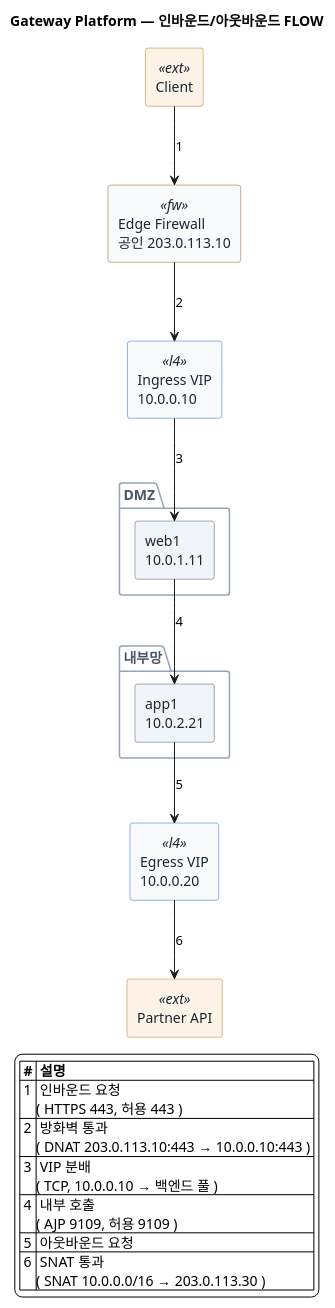
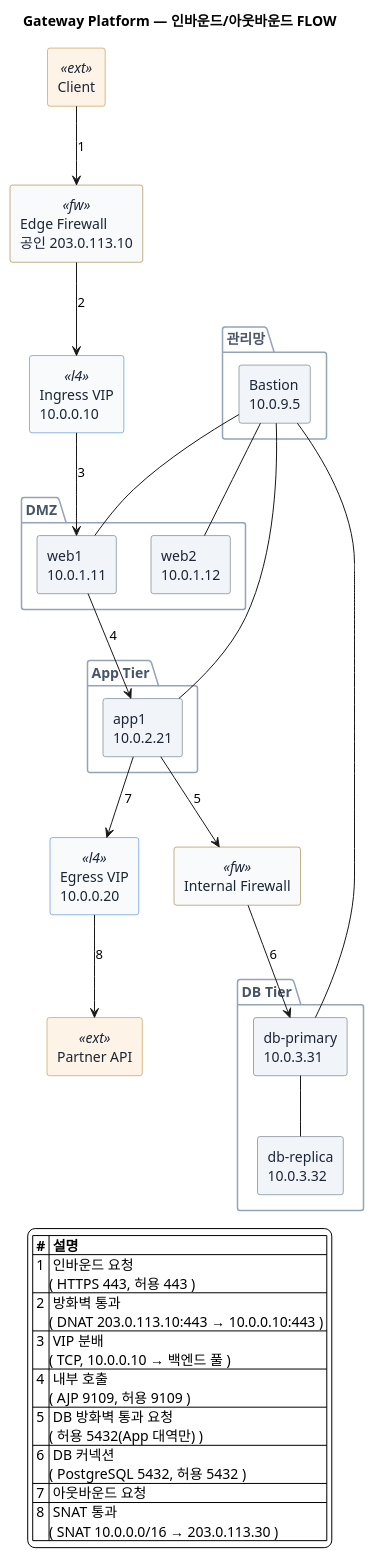
The second of 3 diagrams in docs/examples/puml/gateway-nat-topology.puml (SeokRae/flowcast), drawn with PlantUML before and after one commit. The commit also changed other lines of this file and 9 other files, not shown here.

First line of the commit message:
feat: gateway-nat-topology 예제 확장 — 다계층 구성 + 운영자 SSH FLOW

```diff
--- a/docs/examples/puml/gateway-nat-topology.puml
+++ b/docs/examples/puml/gateway-nat-topology.puml
@@ -37,52 +51,70 @@
 @startuml
 skinparam backgroundColor #FFFFFF
 skinparam rectangle {
   BackgroundColor #F1F5F9
   BackgroundColor<<ext>> #FDF3E7
   BackgroundColor<<gear>> #F8FAFC
   BackgroundColor<<fw>> #F8FAFC
   BackgroundColor<<l4>> #F8FAFC
   BorderColor #475569
   BorderColor<<ext>> #B7791F
   BorderColor<<gear>> #94A3B8
   BorderColor<<fw>> #8A6210
   BorderColor<<l4>> #1F6FD0
   FontColor #1B2635
 }
 skinparam package {
   BorderColor #94A3B8
   BackgroundColor transparent
   FontColor #475569
 }
 title Gateway Platform — 인바운드/아웃바운드 FLOW
-' flowcast source: flowcast 합성 예제 (topology, network-nat 프리셋: IP/VIP/NAT/포트 방화벽 표기)
+' flowcast source: flowcast 합성 예제 (topology, network-nat 프리셋: IP/VIP/NAT/포트 방화벽 표기, 다계층)
 package "DMZ" {
   rectangle "web1\n10.0.1.11" as web1
+  rectangle "web2\n10.0.1.12" as web2
 }
-package "내부망" {
+package "App Tier" {
   rectangle "app1\n10.0.2.21" as app1
+}
+package "DB Tier" {
+  rectangle "db-primary\n10.0.3.31" as db_primary
+  rectangle "db-replica\n10.0.3.32" as db_replica
+}
+package "관리망" {
+  rectangle "Bastion\n10.0.9.5" as bastion
 }
 rectangle "Client" as client <<ext>>
 rectangle "Edge Firewall\n공인 203.0.113.10" as fw_edge <<fw>>
 rectangle "Ingress VIP\n10.0.0.10" as vip_in <<l4>>
+rectangle "Internal Firewall" as fw_db <<fw>>
 rectangle "Egress VIP\n10.0.0.20" as vip_out <<l4>>
 rectangle "Partner API" as partner <<ext>>
 
+db_primary -- db_replica
+bastion -- web1
+bastion -- web2
+bastion -- app1
+bastion -- db_primary
 
 client --> fw_edge : 1
 fw_edge --> vip_in : 2
 vip_in --> web1 : 3
 web1 --> app1 : 4
-app1 --> vip_out : 5
-vip_out --> partner : 6
+app1 --> fw_db : 5
+fw_db --> db_primary : 6
+app1 --> vip_out : 7
+vip_out --> partner : 8
 
 legend
 |= # |= 설명 |
 | 1 | 인바운드 요청\n( HTTPS 443, 허용 443 ) |
 | 2 | 방화벽 통과\n( DNAT 203.0.113.10:443 → 10.0.0.10:443 ) |
 | 3 | VIP 분배\n( TCP, 10.0.0.10 → 백엔드 풀 ) |
 | 4 | 내부 호출\n( AJP 9109, 허용 9109 ) |
-| 5 | 아웃바운드 요청 |
-| 6 | SNAT 통과\n( SNAT 10.0.0.0/16 → 203.0.113.30 ) |
+| 5 | DB 방화벽 통과 요청\n( 허용 5432(App 대역만) ) |
+| 6 | DB 커넥션\n( PostgreSQL 5432, 허용 5432 ) |
+| 7 | 아웃바운드 요청 |
+| 8 | SNAT 통과\n( SNAT 10.0.0.0/16 → 203.0.113.30 ) |
 end legend
 @enduml
```
